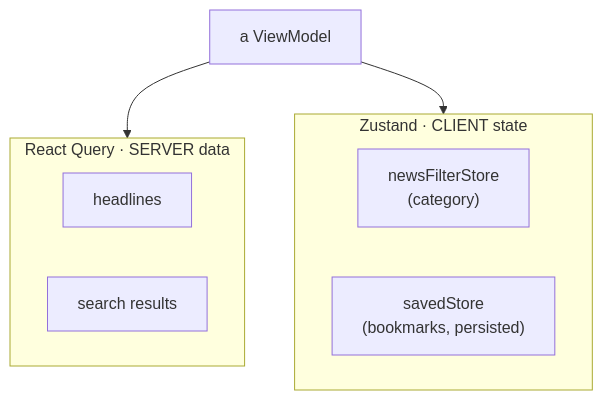
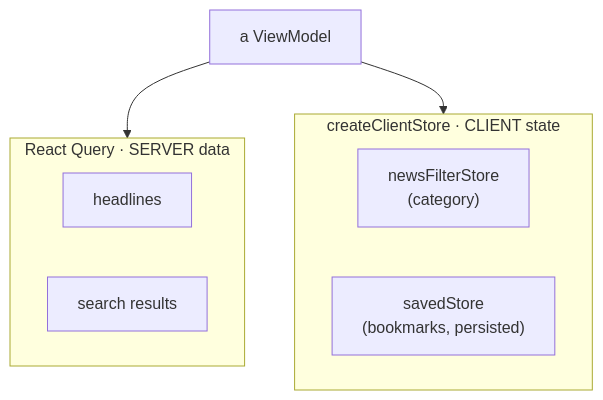
The ninth of 12 diagrams in ORIENTATION.md (dev-mahmoud-elshenawy/opticore-news-demo), drawn with Mermaid before and after one commit. The commit also changed other lines of this file and 2 other files, not shown here.

````diff
--- a/ORIENTATION.md
+++ b/ORIENTATION.md
@@ -164,13 +164,13 @@
 ```mermaid
 flowchart TB
     subgraph RQ["React Query · SERVER data"]
         rq1["headlines"]
         rq2["search results"]
     end
-    subgraph ZU["Zustand · CLIENT state"]
+    subgraph ZU["createClientStore · CLIENT state"]
         z1["newsFilterStore<br/>(category)"]
         z2["savedStore<br/>(bookmarks, persisted)"]
     end
     VM["a ViewModel"] --> RQ
     VM --> ZU
 ```
````
